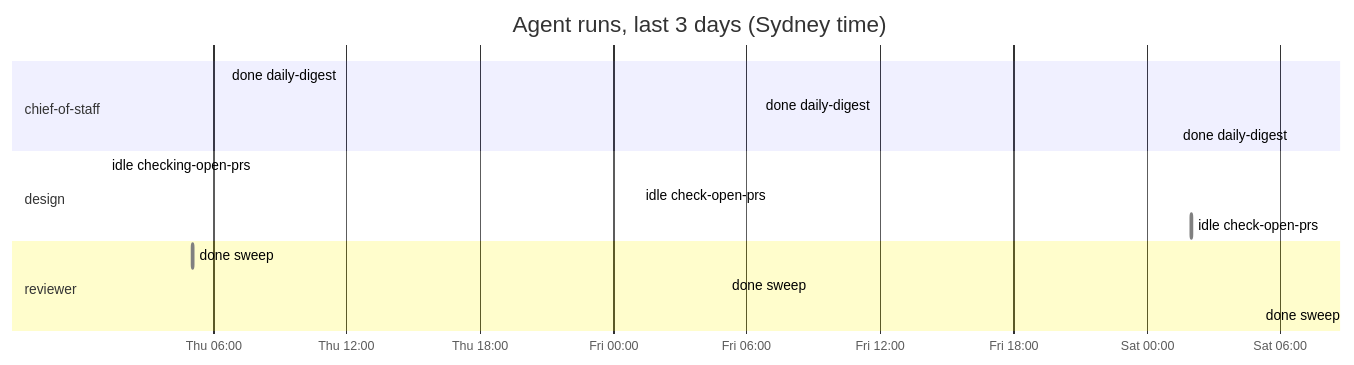
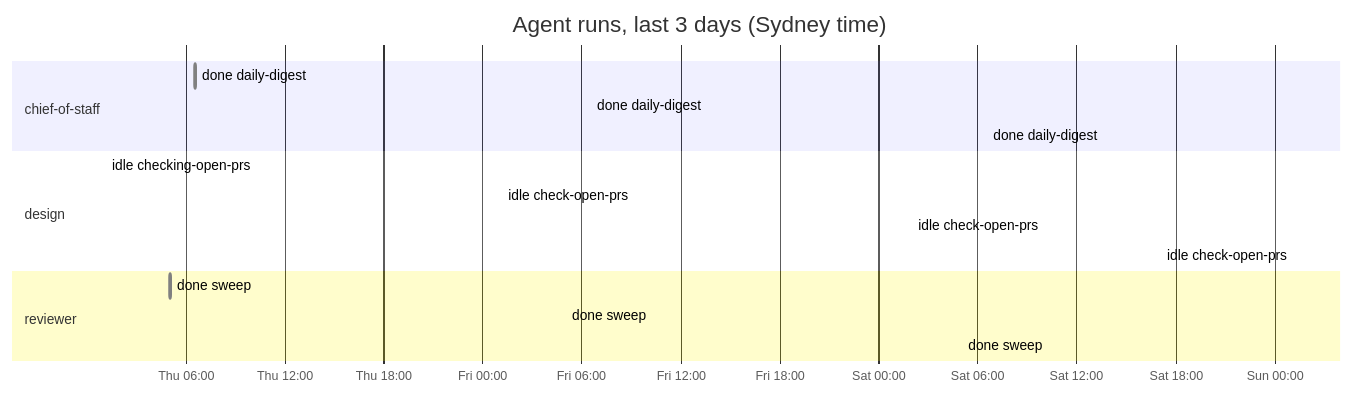
The diagram in dashboard.md (roulmediateam-byte/fifteen-expert-hq), drawn with Mermaid before and after one commit. The commit also changed other lines of this file and 1 other file, not shown here.

````diff
--- a/dashboard.md
+++ b/dashboard.md
@@ -40,18 +40,19 @@
 ```mermaid
 gantt
     title Agent runs, last 3 days (Sydney time)
     dateFormat YYYY-MM-DD HH:mm
     axisFormat %a %H:%M
     section chief-of-staff
     done daily-digest :done, 2026-11-12 06:35, 2026-11-12 06:36
     done daily-digest :done, 2026-11-13 06:34, 2026-11-13 06:36
     done daily-digest :done, 2026-11-14 06:35, 2026-11-14 06:36
     section design
     idle checking-open-prs :done, 2026-11-12 01:11, 2026-11-12 01:12
     idle check-open-prs :done, 2026-11-13 01:11, 2026-11-13 01:11
     idle check-open-prs :done, 2026-11-14 02:01, 2026-11-14 02:02
+    idle check-open-prs :done, 2026-11-15 01:08, 2026-11-15 01:09
     section reviewer
     done sweep :done, 2026-11-12 05:05, 2026-11-12 05:06
     done sweep :done, 2026-11-13 05:05, 2026-11-13 05:05
     done sweep :done, 2026-11-14 05:05, 2026-11-14 05:06
 ```
````
